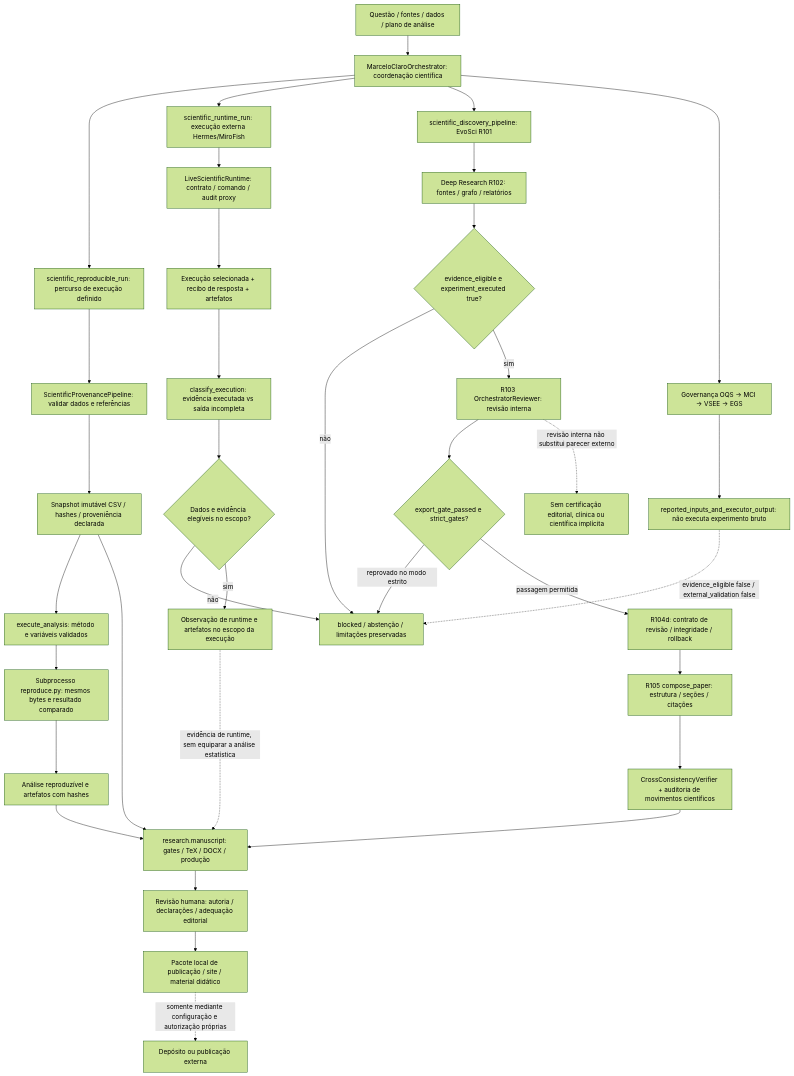
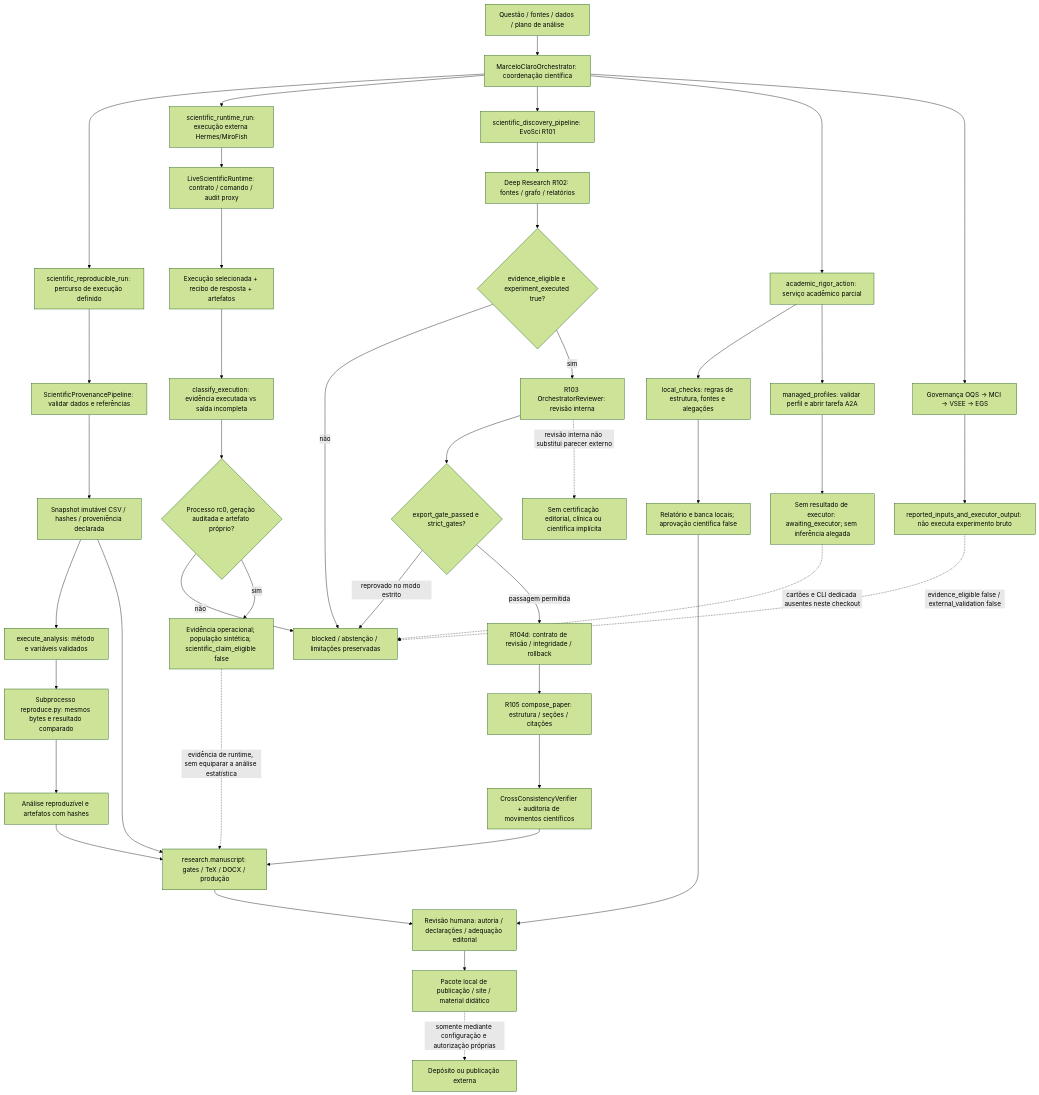
The diagram in docs/architecture/flows/12-ciencia-publicacao.mmd (MarceloClaro/opencode-ecosystem-core), drawn with Mermaid (forest theme) before and after one commit. The commit also changed 95 other files, not shown here.

```diff
--- a/docs/architecture/flows/12-ciencia-publicacao.mmd
+++ b/docs/architecture/flows/12-ciencia-publicacao.mmd
@@ -1,36 +1,43 @@
 flowchart TB
   U["Questão / fontes / dados / plano de análise"] --> PRIMARY["MarceloClaroOrchestrator: coordenação científica"]
   PRIMARY --> REPRO["scientific_reproducible_run: percurso de execução definido"]
   REPRO --> PROV["ScientificProvenancePipeline: validar dados e referências"]
   PROV --> SNAP["Snapshot imutável CSV / hashes / proveniência declarada"]
   SNAP --> STAT["execute_analysis: método e variáveis validados"]
   STAT --> REP["Subprocesso reproduce.py: mesmos bytes e resultado comparado"]
   REP --> ANALYSIS["Análise reproduzível e artefatos com hashes"]
   PRIMARY --> RUNTIME["scientific_runtime_run: execução externa Hermes/MiroFish"]
   RUNTIME --> LIVE["LiveScientificRuntime: contrato / comando / audit proxy"]
   LIVE --> EXEC["Execução selecionada + recibo de resposta + artefatos"]
   EXEC --> CLASS["classify_execution: evidência executada vs saída incompleta"]
-  CLASS --> ELIG{"Dados e evidência elegíveis no escopo?"}
+  CLASS --> ELIG{"Processo rc0, geração auditada e artefato próprio?"}
   ELIG -->|"não"| BLOCK["blocked / abstenção / limitações preservadas"]
-  ELIG -->|"sim"| OBS["Observação de runtime e artefatos no escopo da execução"]
+  ELIG -->|"sim"| OBS["Evidência operacional; população sintética; scientific_claim_eligible false"]
   PRIMARY --> DISC["scientific_discovery_pipeline: EvoSci R101"]
+  PRIMARY --> RIGOR["academic_rigor_action: serviço acadêmico parcial"]
+  RIGOR --> RULES["local_checks: regras de estrutura, fontes e alegações"]
+  RIGOR --> MANAGED["managed_profiles: validar perfil e abrir tarefa A2A"]
+  MANAGED --> PENDING["Sem resultado de executor: awaiting_executor; sem inferência alegada"]
+  RULES --> RREPORT["Relatório e banca locais; aprovação científica false"]
+  RREPORT --> HUMAN
+  PENDING -. "cartões e CLI dedicada ausentes neste checkout" .-> BLOCK
   DISC --> DEEP["Deep Research R102: fontes / grafo / relatórios"]
   DEEP --> G102{"evidence_eligible e experiment_executed true?"}
   G102 -->|"não"| BLOCK
   G102 -->|"sim"| REVIEW["R103 OrchestratorReviewer: revisão interna"]
   REVIEW --> G103{"export_gate_passed e strict_gates?"}
   G103 -->|"reprovado no modo estrito"| BLOCK
   G103 -->|"passagem permitida"| REV["R104d: contrato de revisão / integridade / rollback"]
   REV --> COMPOSE["R105 compose_paper: estrutura / seções / citações"]
   ANALYSIS --> MAN["research.manuscript: gates / TeX / DOCX / produção"]
   OBS -. "evidência de runtime, sem equiparar a análise estatística" .-> MAN
   SNAP --> MAN
   COMPOSE --> CONSIST["CrossConsistencyVerifier + auditoria de movimentos científicos"]
   CONSIST --> MAN
   MAN --> HUMAN["Revisão humana: autoria / declarações / adequação editorial"]
   HUMAN --> EXPORT["Pacote local de publicação / site / material didático"]
   EXPORT -. "somente mediante configuração e autorização próprias" .-> PUB["Depósito ou publicação externa"]
   PRIMARY --> GOV["Governança OQS → MCI → VSEE → EGS"]
   GOV --> INPUTS["reported_inputs_and_executor_output: não executa experimento bruto"]
   INPUTS -. "evidence_eligible false / external_validation false" .-> BLOCK
   REVIEW -. "revisão interna não substitui parecer externo" .-> LIMIT["Sem certificação editorial, clínica ou científica implícita"]
```
